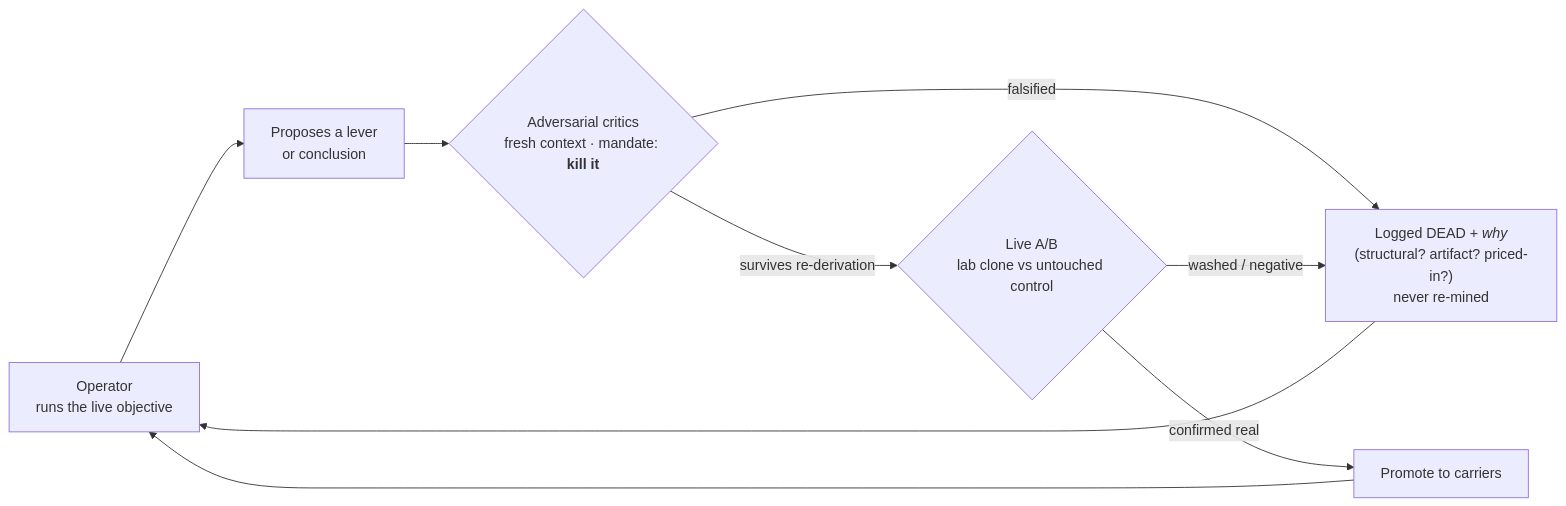
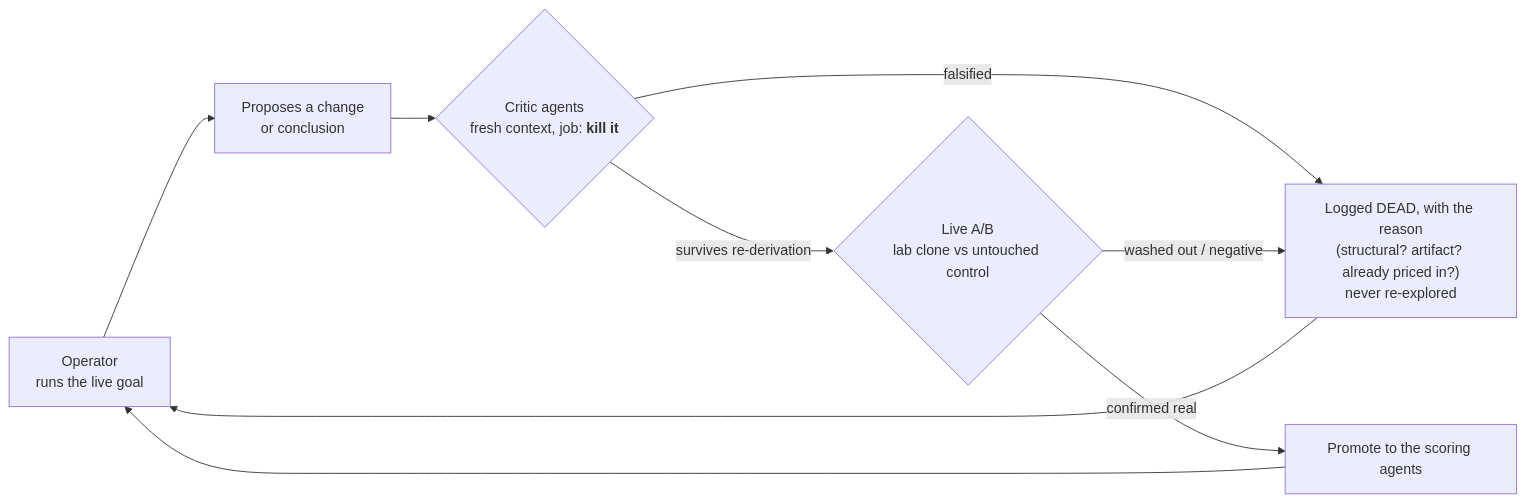
Before and after one commit to Ulto85/glee: the first of 2 diagrams in ADVERSARIAL_AUTORESEARCH.md, drawn with Mermaid. The commit also changed other lines of this file, not shown here.

Commit message:
Rewrite adversarial-autoresearch doc in plain voice, align honest standing

````diff
--- a/ADVERSARIAL_AUTORESEARCH.md
+++ b/ADVERSARIAL_AUTORESEARCH.md
@@ -28,11 +27,11 @@
 ```mermaid
 flowchart LR
-    OP["Operator<br/>runs the live objective"] --> PROP["Proposes a lever<br/>or conclusion"]
-    PROP --> CRIT{"Adversarial critics<br/>fresh context · mandate: <b>kill it</b>"}
-    CRIT -->|"falsified"| DEAD["Logged DEAD + <i>why</i><br/>(structural? artifact? priced-in?)<br/>never re-mined"]
+    OP["Operator<br/>runs the live goal"] --> PROP["Proposes a change<br/>or conclusion"]
+    PROP --> CRIT{"Critic agents<br/>fresh context, job: <b>kill it</b>"}
+    CRIT -->|"falsified"| DEAD["Logged DEAD, with the reason<br/>(structural? artifact? already priced in?)<br/>never re-explored"]
     CRIT -->|"survives re-derivation"| AB{"Live A/B<br/>lab clone vs untouched control"}
-    AB -->|"washed / negative"| DEAD
-    AB -->|"confirmed real"| SHIP["Promote to carriers"]
+    AB -->|"washed out / negative"| DEAD
+    AB -->|"confirmed real"| SHIP["Promote to the scoring agents"]
     SHIP --> OP
     DEAD --> OP
 ```
````
